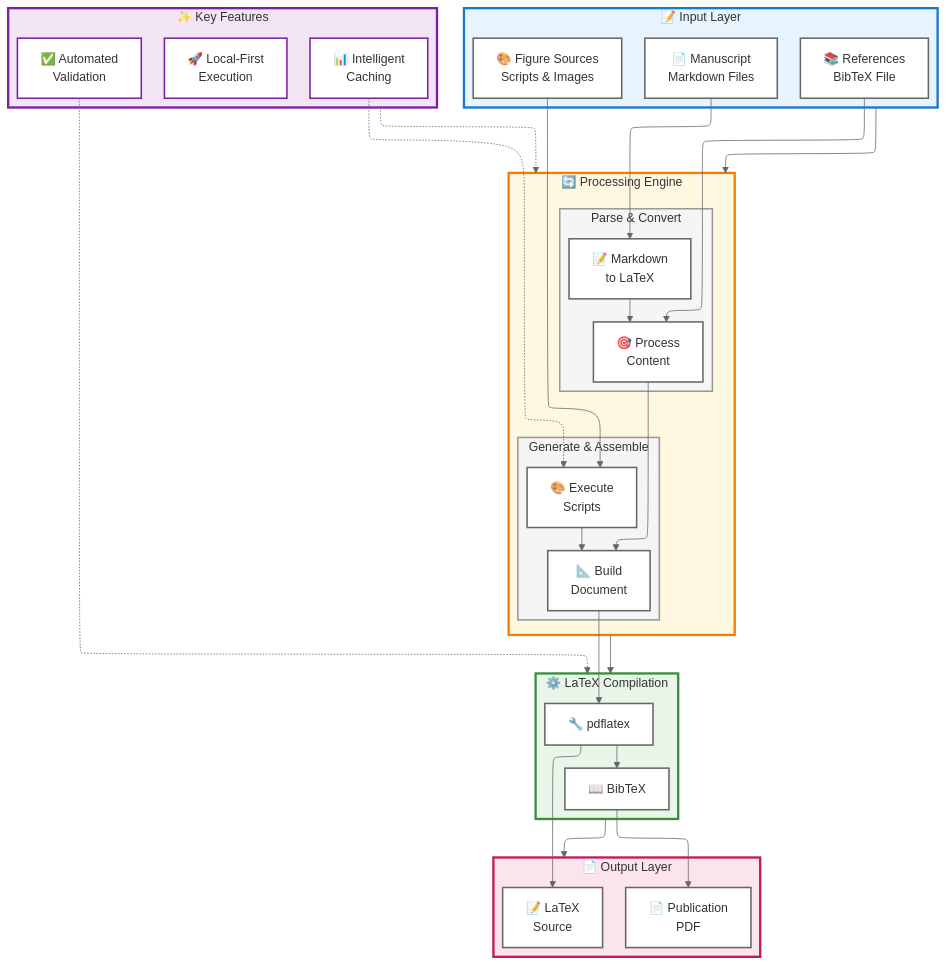
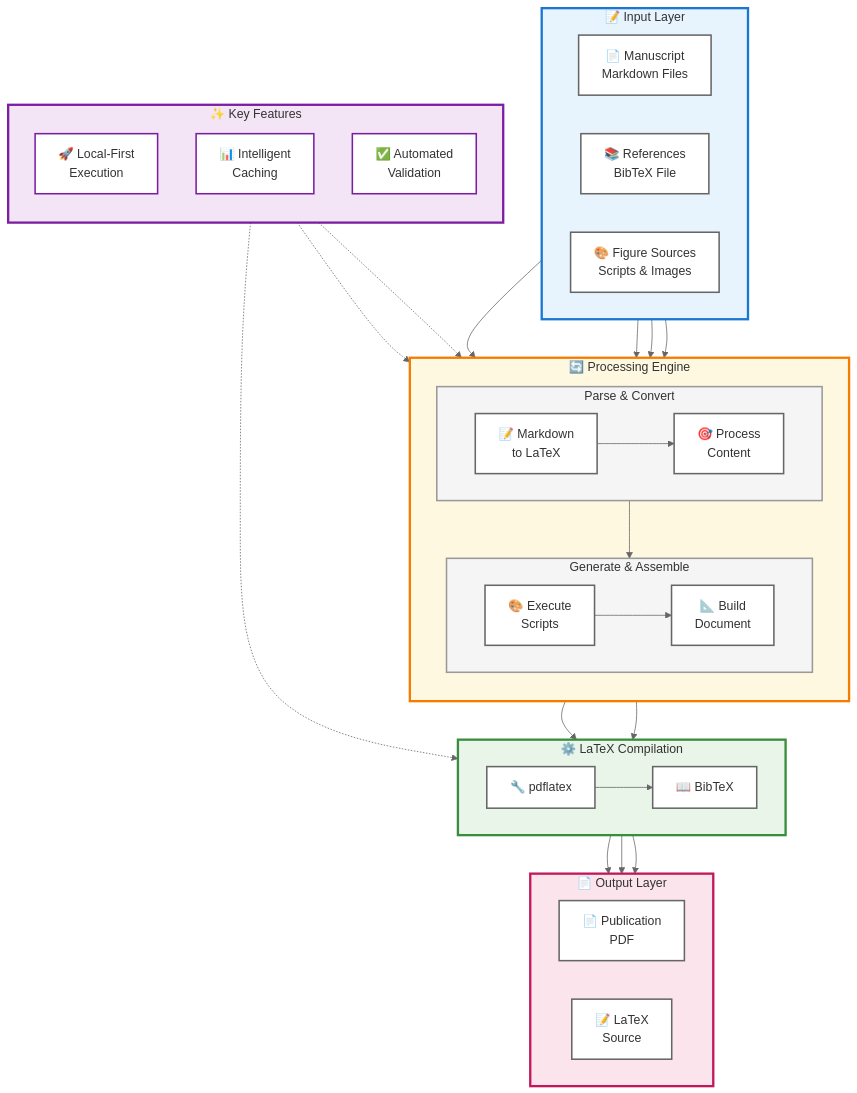
Before and after one commit to HenriquesLab/rxiv-maker: the diagram in EXAMPLE_MANUSCRIPT/FIGURES/SFigure__architecture.mmd, drawn with Mermaid. The commit also changed 6 other files, not shown here.

First line of the commit message:
fix: update test expectations for new figure path handling and enhance mermaid error messages

```diff
--- a/EXAMPLE_MANUSCRIPT/FIGURES/SFigure__architecture.mmd
+++ b/EXAMPLE_MANUSCRIPT/FIGURES/SFigure__architecture.mmd
@@ -1,108 +1,95 @@
 ---
 config:
   theme: base
   themeVariables:
-    fontFamily: 'Arial, Helvetica, sans-serif'
+    fontFamily: ''
     fontSize: 16px
     primaryColor: '#ffffff'
     primaryTextColor: '#333333'
     primaryBorderColor: '#cccccc'
     lineColor: '#666666'
     background: '#ffffff'
-  layout: elk
+  layout: dagre
 ---
 flowchart TD
-  subgraph INPUT["📝 Input Layer"]
+ subgraph INPUT["📝 Input Layer"]
     direction LR
-    A1["📄 Manuscript<br>Markdown Files"]
-    A2["📚 References<br>BibTeX File"]
-    A3["🎨 Figure Sources<br>Scripts & Images"]
+        A1["📄 Manuscript<br>Markdown Files"]
+        A2["📚 References<br>BibTeX File"]
+        A3["🎨 Figure Sources<br>Scripts &amp; Images"]
   end
-
-  subgraph PROCESS["🔄 Processing Engine"]
+ subgraph PARSE["Parse & Convert"]
+    direction LR
+        B1["📝 Markdown<br>to LaTeX"]
+        B2["🎯 Process<br>Content"]
+  end
+ subgraph GEN["Generate & Assemble"]
+    direction LR
+        C1["🎨 Execute<br>Scripts"]
+        C2["📐 Build<br>Document"]
+  end
+ subgraph PROCESS["🔄 Processing Engine"]
     direction TB
-    subgraph PARSE["Parse & Convert"]
-      direction LR
-      B1["📝 Markdown<br>to LaTeX"]
-      B2["🎯 Process<br>Content"]
-    end
-    subgraph GEN["Generate & Assemble"]
-      direction LR
-      C1["🎨 Execute<br>Scripts"]
-      C2["📐 Build<br>Document"]
-    end
+        PARSE
+        GEN
   end
-
-  subgraph COMPILE["⚙️ LaTeX Compilation"]
+ subgraph COMPILE["⚙️ LaTeX Compilation"]
     direction LR
-    D1["🔧 pdflatex"]
-    D2["📖 BibTeX"]
+        D1["🔧 pdflatex"]
+        D2["📖 BibTeX"]
   end
-
-  subgraph OUTPUT["📄 Output Layer"]
+ subgraph OUTPUT["📄 Output Layer"]
     direction LR
-    E1["📄 Publication<br>PDF"]
-    E2["📝 LaTeX<br>Source"]
+        E1["📄 Publication<br>PDF"]
+        E2["📝 LaTeX<br>Source"]
   end
-
-  subgraph FEATURES["✨ Key Features"]
+ subgraph FEATURES["✨ Key Features"]
     direction TB
-    F1["🚀 Local-First<br>Execution"]
-    F2["📊 Intelligent<br>Caching"]
-    F3["✅ Automated<br>Validation"]
+        F1["🚀 Local-First<br>Execution"]
+        F2["📊 Intelligent<br>Caching"]
+        F3["✅ Automated<br>Validation"]
   end
-
-  %% Main flow
-  INPUT --> PROCESS
-  PROCESS --> COMPILE
-  COMPILE --> OUTPUT
-
-  %% Internal connections
-  A1 --> B1
-  A2 --> B2
-  A3 --> C1
-  B1 --> B2
-  B2 --> C2
-  C1 --> C2
-  C2 --> D1
-  D1 --> D2
-  D2 --> E1
-  D1 --> E2
-
-  %% Feature integration
-  FEATURES -.-> PROCESS
-  F2 -.-> C1
-  F3 -.-> COMPILE
-
-  %% Styling
-  INPUT:::inputBox
-  PROCESS:::processBox
-  COMPILE:::compileBox
-  OUTPUT:::outputBox
-  FEATURES:::featureBox
-  PARSE:::stageBox
-  GEN:::stageBox
-
-  A1:::componentBox
-  A2:::componentBox
-  A3:::componentBox
-  B1:::componentBox
-  B2:::componentBox
-  C1:::componentBox
-  C2:::componentBox
-  D1:::componentBox
-  D2:::componentBox
-  E1:::componentBox
-  E2:::componentBox
-  F1:::featureComponent
-  F2:::featureComponent
-  F3:::featureComponent
-
-  classDef inputBox fill:#e8f4fd,stroke:#1976d2,stroke-width:3px,color:#333
-  classDef processBox fill:#fff8e1,stroke:#f57c00,stroke-width:3px,color:#333
-  classDef compileBox fill:#e8f5e8,stroke:#388e3c,stroke-width:3px,color:#333
-  classDef outputBox fill:#fce4ec,stroke:#c2185b,stroke-width:3px,color:#333
-  classDef featureBox fill:#f3e5f5,stroke:#7b1fa2,stroke-width:3px,color:#333
-  classDef stageBox fill:#f5f5f5,stroke:#999999,stroke-width:2px,color:#333
-  classDef componentBox fill:#ffffff,stroke:#666666,stroke-width:2px,color:#333
-  classDef featureComponent fill:#ffffff,stroke:#7b1fa2,stroke-width:2px,color:#333
+    INPUT --> PROCESS
+    PROCESS --> COMPILE
+    COMPILE --> OUTPUT
+    A1 --> B1
+    A2 --> B2
+    A3 --> C1
+    B1 --> B2
+    B2 --> C2
+    C1 --> C2
+    C2 --> D1
+    D1 --> D2 & E2
+    D2 --> E1
+    FEATURES -.-> PROCESS
+    F2 -.-> C1
+    F3 -.-> COMPILE
+     A1:::componentBox
+     A2:::componentBox
+     A3:::componentBox
+     B1:::componentBox
+     B2:::componentBox
+     C1:::componentBox
+     C2:::componentBox
+     PARSE:::stageBox
+     GEN:::stageBox
+     D1:::componentBox
+     D2:::componentBox
+     E1:::componentBox
+     E2:::componentBox
+     F1:::featureComponent
+     F2:::featureComponent
+     F3:::featureComponent
+     INPUT:::inputBox
+     PROCESS:::processBox
+     COMPILE:::compileBox
+     OUTPUT:::outputBox
+     FEATURES:::featureBox
+    classDef inputBox fill:#e8f4fd,stroke:#1976d2,stroke-width:3px,color:#333
+    classDef processBox fill:#fff8e1,stroke:#f57c00,stroke-width:3px,color:#333
+    classDef compileBox fill:#e8f5e8,stroke:#388e3c,stroke-width:3px,color:#333
+    classDef outputBox fill:#fce4ec,stroke:#c2185b,stroke-width:3px,color:#333
+    classDef featureBox fill:#f3e5f5,stroke:#7b1fa2,stroke-width:3px,color:#333
+    classDef stageBox fill:#f5f5f5,stroke:#999999,stroke-width:2px,color:#333
+    classDef componentBox fill:#ffffff,stroke:#666666,stroke-width:2px,color:#333
+    classDef featureComponent fill:#ffffff,stroke:#7b1fa2,stroke-width:2px,color:#333
```
